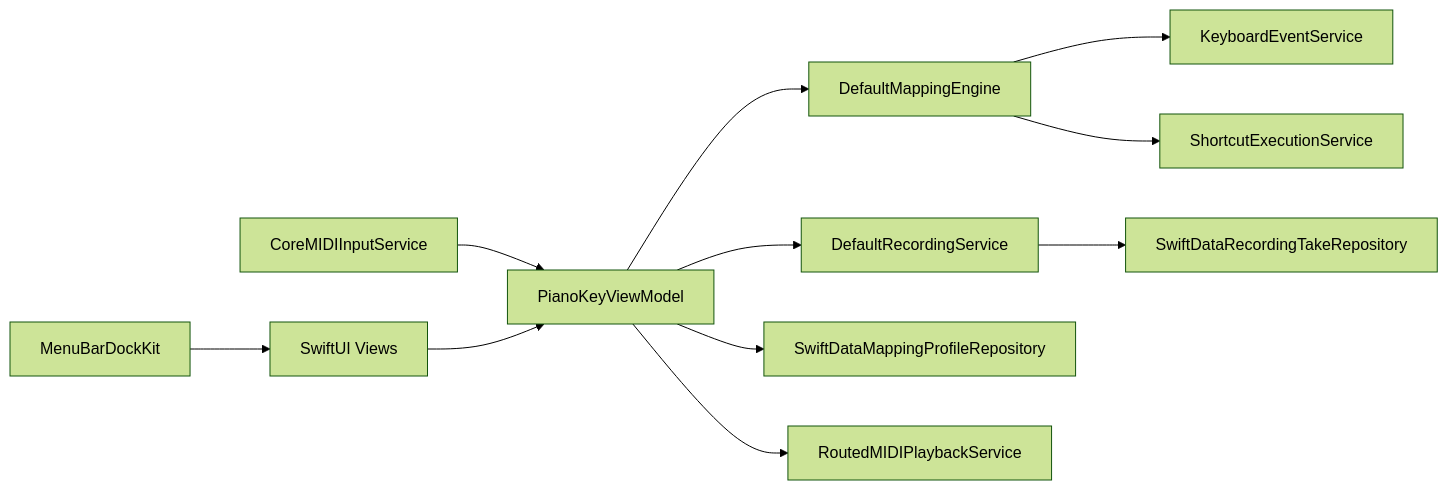
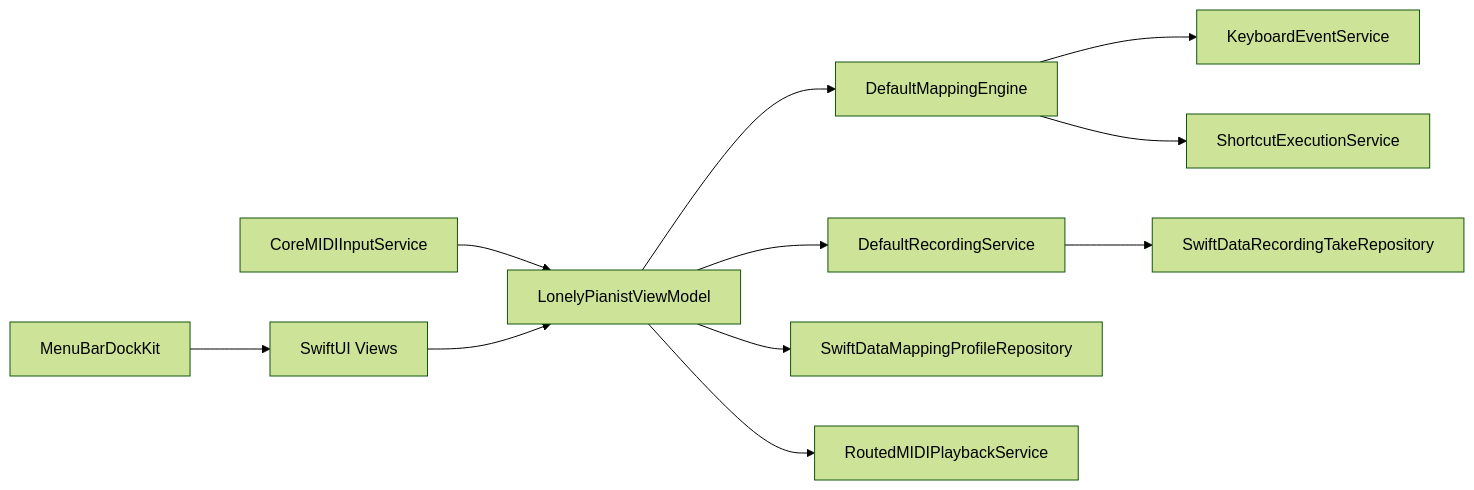
One commit to chiimagnus/HappyPianist changed the diagram in .github/deepwiki/architecture.md. Above: the diagram before and after it, drawn with Mermaid (forest theme). The commit also changed other lines of this file and 126 other files, not shown here.

````diff
--- a/.github/deepwiki/architecture.md
+++ b/.github/deepwiki/architecture.md
@@ -47,13 +47,13 @@
 ```mermaid
 flowchart LR
-  A[CoreMIDIInputService] --> B[PianoKeyViewModel]
+  A[CoreMIDIInputService] --> B[LonelyPianistViewModel]
   B --> C[DefaultMappingEngine]
   C --> D[KeyboardEventService]
   C --> E[ShortcutExecutionService]
   B --> F[DefaultRecordingService]
   F --> G[SwiftDataRecordingTakeRepository]
   B --> H[SwiftDataMappingProfileRepository]
   B --> I[RoutedMIDIPlaybackService]
   J[SwiftUI Views] --> B
   K[MenuBarDockKit] --> J
 ```
````
